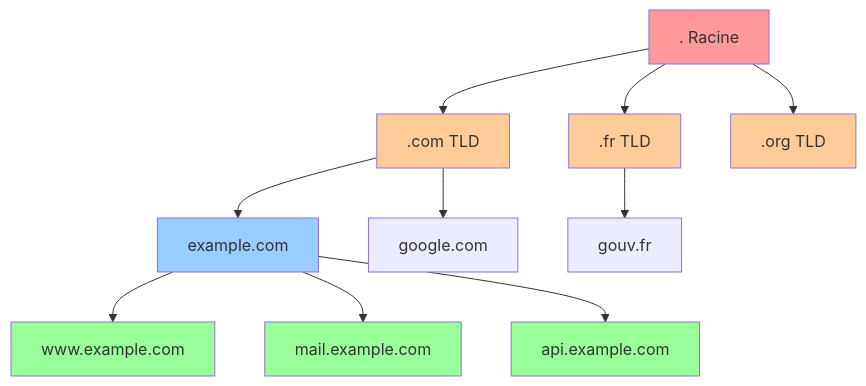
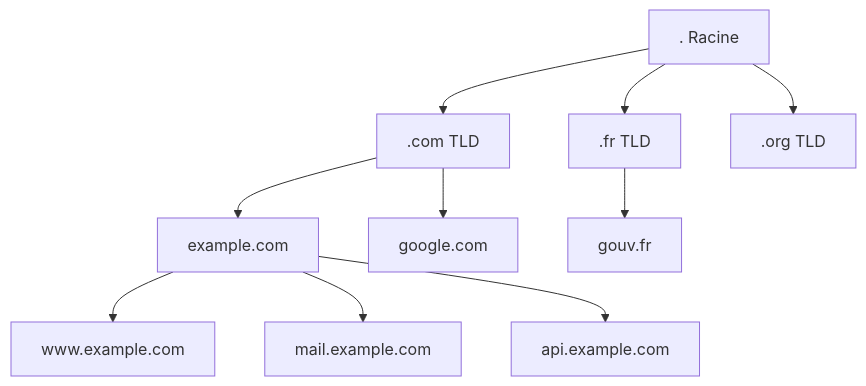
The first of 6 diagrams in docs/bases/reseaux/dns-notions.md (zyrass/omnydocs), drawn with Mermaid before and after one commit. The commit also changed other lines of this file and 723 other files, not shown here.

````diff
--- a/docs/bases/reseaux/dns-notions.md
+++ b/docs/bases/reseaux/dns-notions.md
@@ -68,24 +60,23 @@
 ```mermaid
-graph TD
-    A[. Racine] --> B[.com TLD]
-    A --> C[.fr TLD]
-    A --> D[.org TLD]
-    
-    B --> E[example.com]
-    B --> F[google.com]
-    
-    C --> G[gouv.fr]
-    
-    E --> H[www.example.com]
-    E --> I[mail.example.com]
-    E --> J[api.example.com]
-    
-    style A fill:#ff9999
-    style B fill:#ffcc99
-    style C fill:#ffcc99
-    style D fill:#ffcc99
-    style E fill:#99ccff
-    style H fill:#99ff99
-    style I fill:#99ff99
-    style J fill:#99ff99
+flowchart TD
+    A[". Racine"]
+    B[".com TLD"]
+    C[".fr TLD"]
+    D[".org TLD"]
+    E["example.com"]
+    F["google.com"]
+    G["gouv.fr"]
+    H["www.example.com"]
+    I["mail.example.com"]
+    J["api.example.com"]
+
+    A --> B
+    A --> C
+    A --> D
+    B --> E
+    B --> F
+    C --> G
+    E --> H
+    E --> I
+    E --> J
 ```
````
